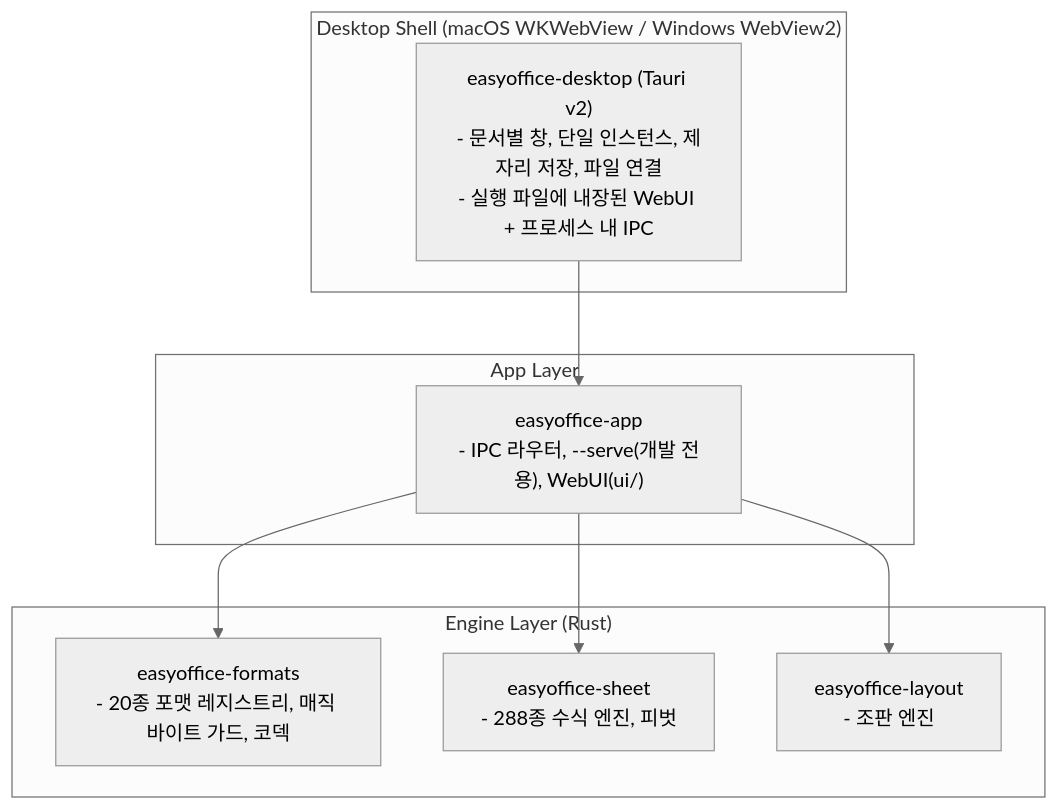
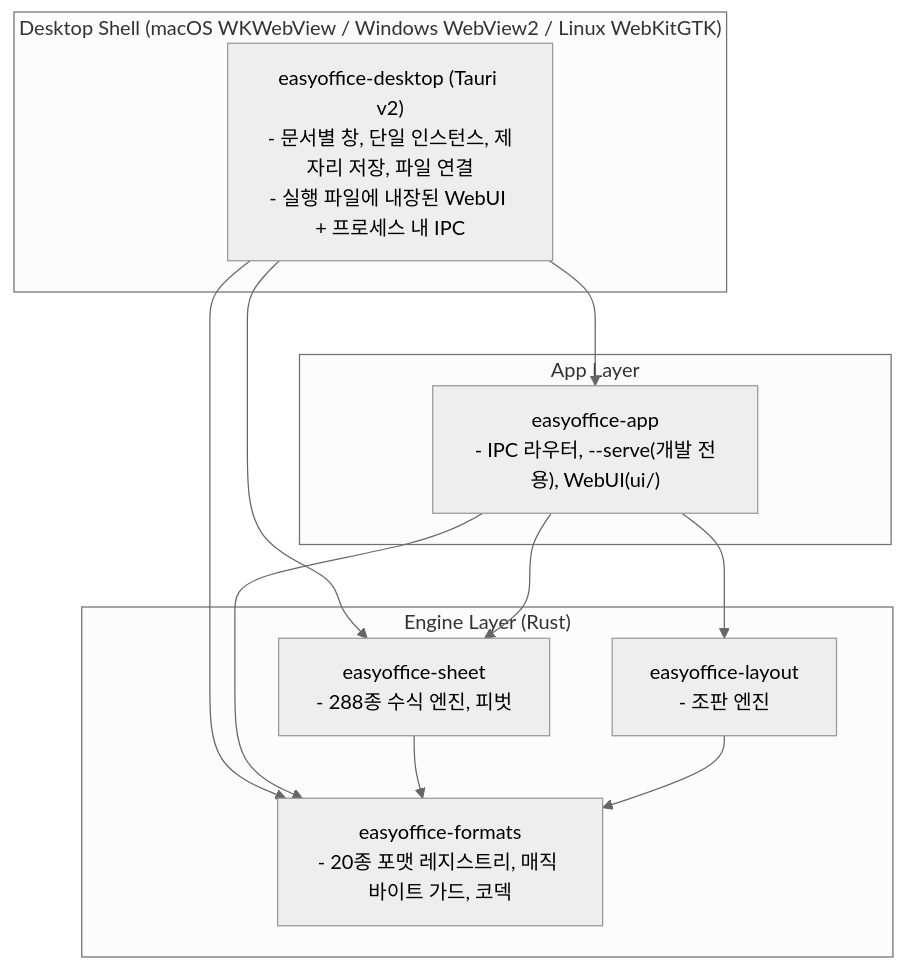
The diagram in docs/architecture.md (AquilaXk/easyoffice), drawn with Mermaid (neutral theme) before and after one commit. The commit also changed other lines of this file, not shown here.

````diff
--- a/docs/architecture.md
+++ b/docs/architecture.md
@@ -9,18 +11,22 @@
 ```mermaid
 flowchart TD
-    subgraph ShellLayer["Desktop Shell (macOS WKWebView / Windows WebView2)"]
+    subgraph ShellLayer["Desktop Shell (macOS WKWebView / Windows WebView2 / Linux WebKitGTK)"]
         Desktop["easyoffice-desktop (Tauri v2)\n- 문서별 창, 단일 인스턴스, 제자리 저장, 파일 연결\n- 실행 파일에 내장된 WebUI + 프로세스 내 IPC"]
     end
     subgraph AppLayer["App Layer"]
         App["easyoffice-app\n- IPC 라우터, --serve(개발 전용), WebUI(ui/)"]
     end
     subgraph CoreLayer["Engine Layer (Rust)"]
         Formats["easyoffice-formats\n- 20종 포맷 레지스트리, 매직 바이트 가드, 코덱"]
         Sheet["easyoffice-sheet\n- 288종 수식 엔진, 피벗"]
         Layout["easyoffice-layout\n- 조판 엔진"]
     end
     Desktop --> App
+    Desktop --> Formats
+    Desktop --> Sheet
     App --> Formats
     App --> Sheet
     App --> Layout
+    Sheet --> Formats
+    Layout --> Formats
 ```
````
